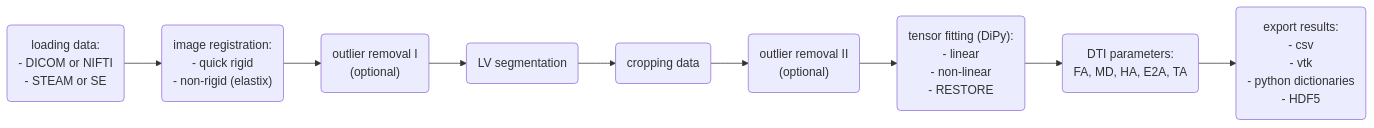
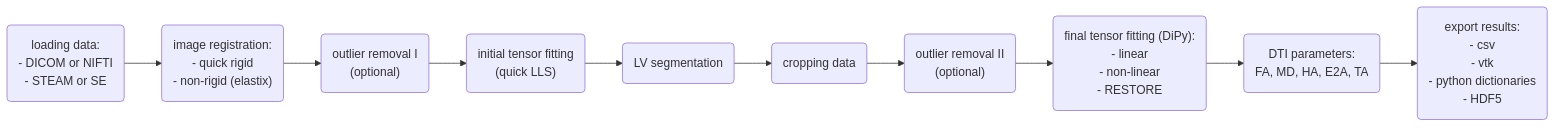
One commit to ImperialCollegeLondon/INDI changed the diagram in docs/documentation.md. Above: the diagram before and after it, drawn with Mermaid. The commit also changed 2 other files, not shown here.

Commit message:
minor tweaks

````diff
--- a/docs/documentation.md
+++ b/docs/documentation.md
@@ -3,35 +3,38 @@
 ```mermaid
 flowchart LR
     A("`loading data:
     - DICOM or NIFTI
     - STEAM or SE`")
     B("`image registration:
     - quick rigid
     - non-rigid (elastix)`")
     C("`outlier removal I
     (optional)`")
-    D(LV segmentation)
-    E(cropping data)
-    F("`outlier removal II
+    D("`initial tensor fitting
+    (quick LLS)`")
+    E(LV segmentation)
+    F(cropping data)
+    G("`outlier removal II
     (optional)`")
-    G("`tensor fitting (DiPy):
+    H("`final tensor fitting (DiPy):
     - linear
     - non-linear
     - RESTORE`")
-    H("`DTI parameters:
+    I("`DTI parameters:
     FA, MD, HA, E2A, TA`")
-    I("`export results:
+    J("`export results:
     - csv
     - vtk
     - python dictionaries
     - HDF5`")
 
     A --> B
     B --> C
     C --> D
     D --> E
     E --> F
     F --> G
     G --> H
     H --> I
+    I --> J
 ```
````
